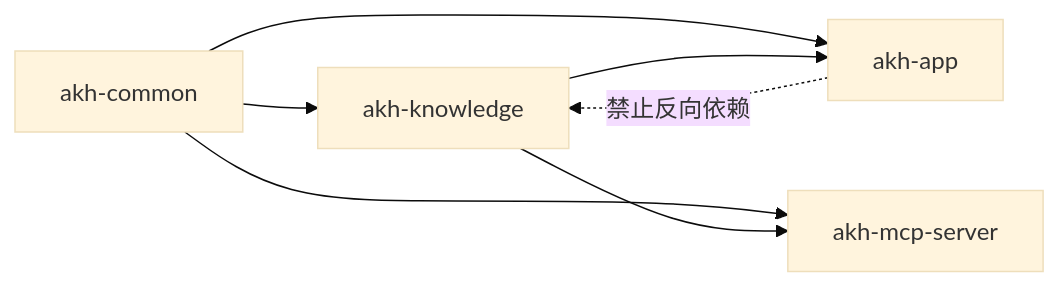
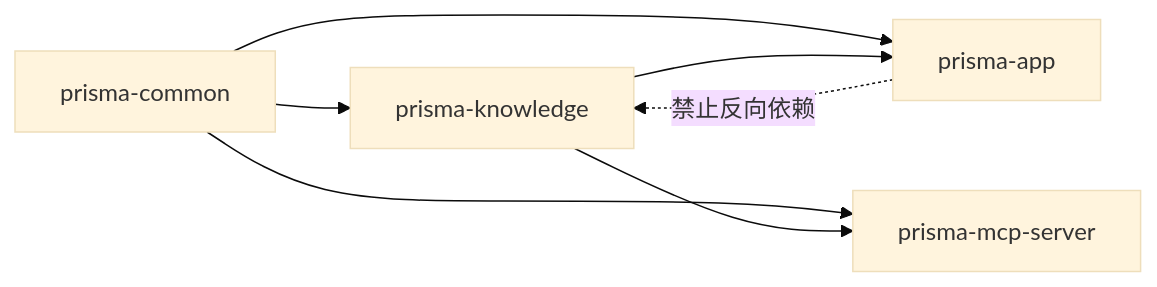
The second of 15 diagrams in docs/architecture.md (Prisdvl/prisdvl-nexus), drawn with Mermaid (base theme) before and after one commit. The commit also changed other lines of this file and 119 other files, not shown here.

````diff
--- a/docs/architecture.md
+++ b/docs/architecture.md
@@ -92,9 +92,9 @@
 ```mermaid
 graph LR
-    C["akh-common"] --> K["akh-knowledge"]
-    C --> APP["akh-app"]
+    C["prisma-common"] --> K["prisma-knowledge"]
+    C --> APP["prisma-app"]
     K --> APP
-    C --> M["akh-mcp-server"]
+    C --> M["prisma-mcp-server"]
     K --> M
     APP -.禁止反向依赖.-> K
 ```
````
